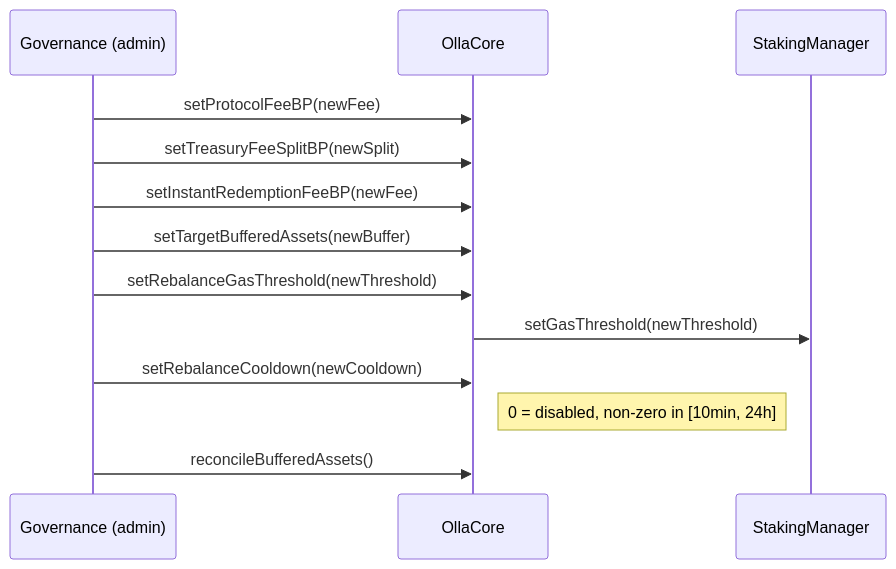
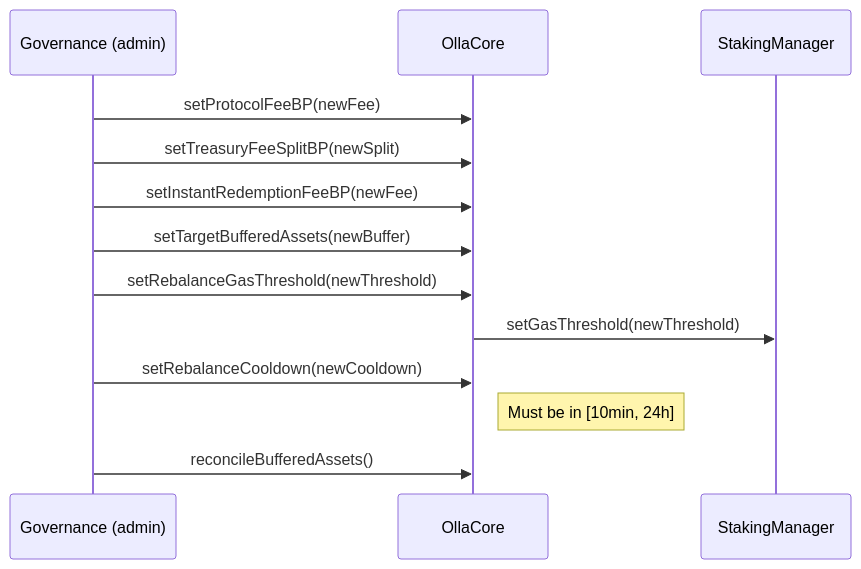
Before and after one commit to ollafinance/core: the first of 4 diagrams in docs/governance-actions.md, drawn with Mermaid. The commit also changed 3 other files, not shown here.

````diff
--- a/docs/governance-actions.md
+++ b/docs/governance-actions.md
@@ -7,16 +7,16 @@
 ```mermaid
 sequenceDiagram
     participant GOV as Governance (admin)
     participant C as OllaCore
     participant SM as StakingManager
 
     GOV->>C: setProtocolFeeBP(newFee)
     GOV->>C: setTreasuryFeeSplitBP(newSplit)
     GOV->>C: setInstantRedemptionFeeBP(newFee)
     GOV->>C: setTargetBufferedAssets(newBuffer)
     GOV->>C: setRebalanceGasThreshold(newThreshold)
     C->>SM: setGasThreshold(newThreshold)
     GOV->>C: setRebalanceCooldown(newCooldown)
-    Note right of C: 0 = disabled, non-zero in [10min, 24h]
+    Note right of C: Must be in [10min, 24h]
     GOV->>C: reconcileBufferedAssets()
 ```
````
